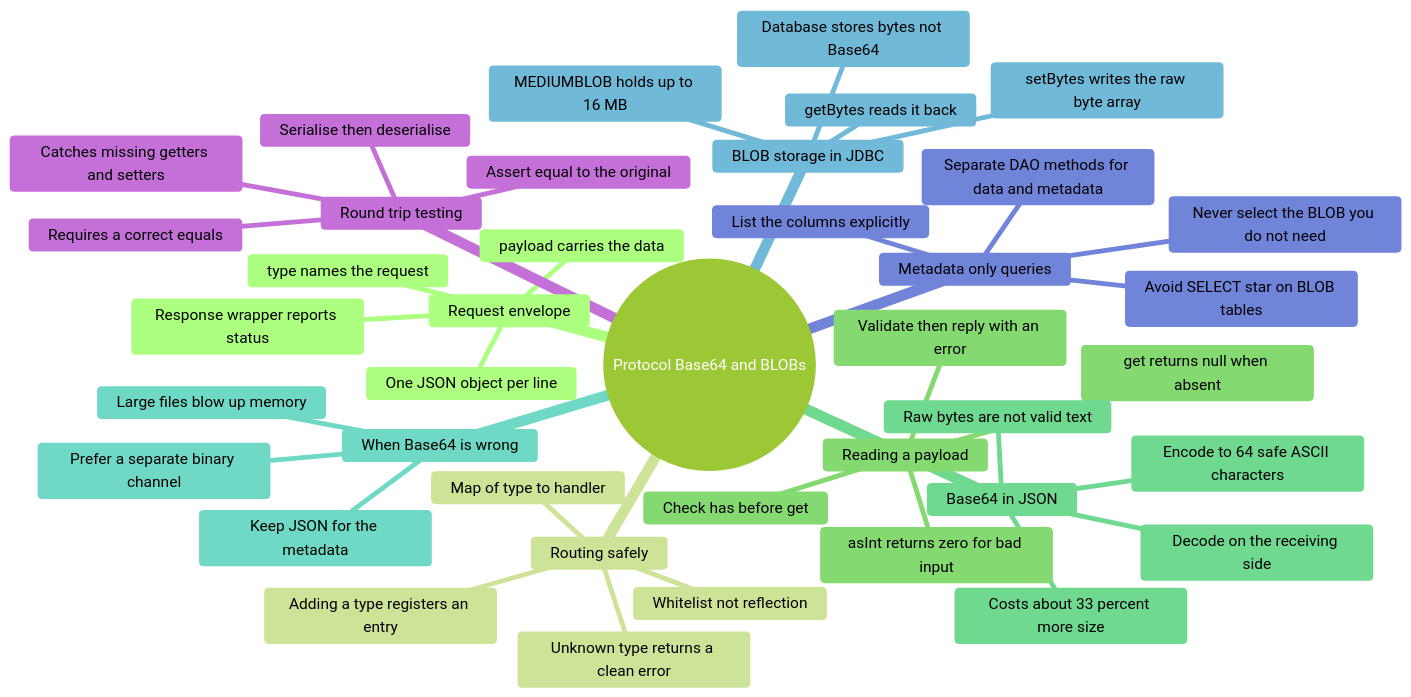
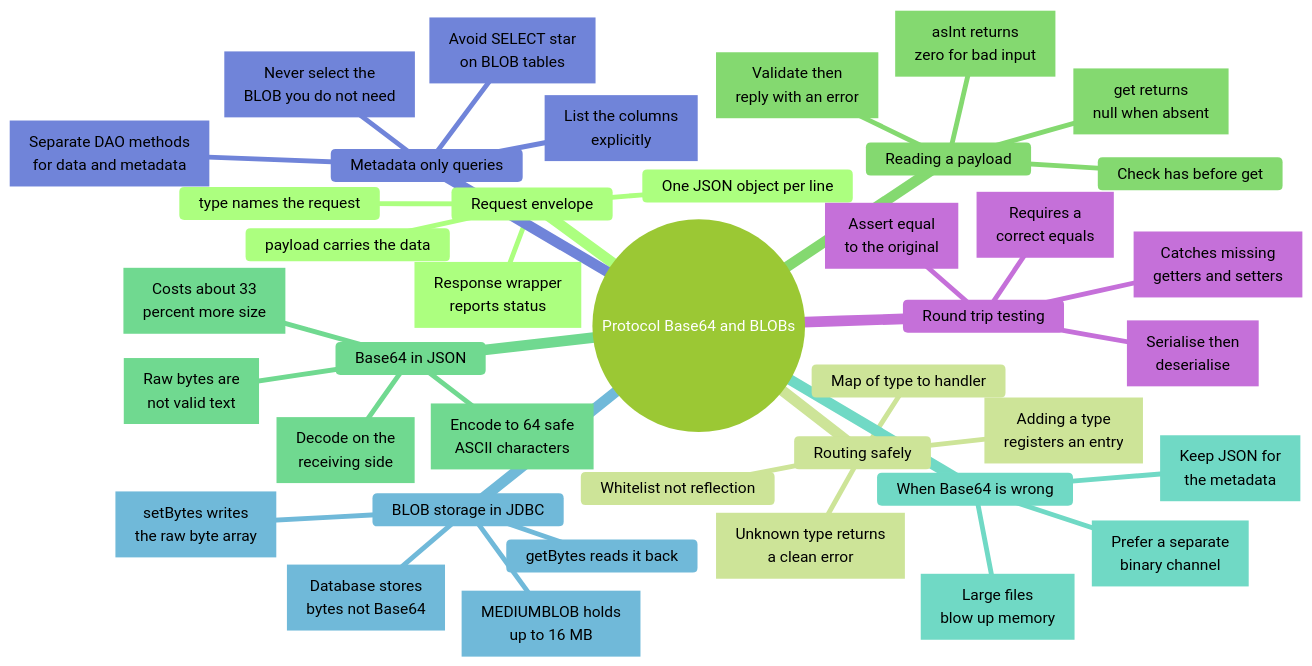
Before and after one commit to nmcguinness/L8-OOP-Module-Content: diagram 12 of 13 in notes/shared/mind maps/revision_t10_t22.md, drawn with Mermaid. The commit also changed other lines of this file and 421 other files, not shown here.

Commit message:
Updated mermaid diagrams and note layout for topics 9-24.

````diff
--- a/notes/shared/mind maps/revision_t10_t22.md
+++ b/notes/shared/mind maps/revision_t10_t22.md
@@ -1613,55 +1976,79 @@
 ```mermaid
 ---
 title: "Protocol Base64 and BLOBs"
 accDescr: "Mind map of Protocol Base64 and BLOBs. Branches: Request envelope; Routing safely; Reading a payload; Base64 in JSON; When Base64 is wrong; BLOB storage in JDBC; Metadata only queries; Round trip testing."
 ---
-%%{init: { "theme": "forest" }}%%
+%%{init: { "theme": "forest", "markdownAutoWrap": false, "mindmap": { "maxNodeWidth": 300 } }}%%
 mindmap
   root((Protocol Base64 and BLOBs))
     Request envelope
       type names the request
       payload carries the data
       One JSON object per line
-      Response wrapper reports status
+      n1["`Response wrapper
+      reports status`"]
 
     Routing safely
       Map of type to handler
       Whitelist not reflection
-      Unknown type returns a clean error
-      Adding a type registers an entry
+      n2["`Unknown type returns
+      a clean error`"]
+      n3["`Adding a type
+      registers an entry`"]
 
     Reading a payload
       Check has before get
-      get returns null when absent
-      asInt returns zero for bad input
-      Validate then reply with an error
+      n4["`get returns
+      null when absent`"]
+      n5["`asInt returns
+      zero for bad input`"]
+      n6["`Validate then
+      reply with an error`"]
 
     Base64 in JSON
-      Raw bytes are not valid text
-      Encode to 64 safe ASCII characters
-      Costs about 33 percent more size
-      Decode on the receiving side
+      n7["`Raw bytes are
+      not valid text`"]
+      n8["`Encode to 64 safe
+      ASCII characters`"]
+      n9["`Costs about 33
+      percent more size`"]
+      n10["`Decode on the
+      receiving side`"]
 
     When Base64 is wrong
-      Large files blow up memory
-      Prefer a separate binary channel
-      Keep JSON for the metadata
+      n11["`Large files
+      blow up memory`"]
+      n12["`Prefer a separate
+      binary channel`"]
+      n13["`Keep JSON for
+      the metadata`"]
 
     BLOB storage in JDBC
-      MEDIUMBLOB holds up to 16 MB
-      setBytes writes the raw byte array
+      n14["`MEDIUMBLOB holds
+      up to 16 MB`"]
+      n15["`setBytes writes
+      the raw byte array`"]
       getBytes reads it back
-      Database stores bytes not Base64
+      n16["`Database stores
+      bytes not Base64`"]
 
     Metadata only queries
-      Never select the BLOB you do not need
-      List the columns explicitly
-      Avoid SELECT star on BLOB tables
-      Separate DAO methods for data and metadata
+      n17["`Never select the
+      BLOB you do not need`"]
+      n18["`List the columns
+      explicitly`"]
+      n19["`Avoid SELECT star
+      on BLOB tables`"]
+      n20["`Separate DAO methods
+      for data and metadata`"]
 
     Round trip testing
-      Serialise then deserialise
-      Assert equal to the original
-      Requires a correct equals
-      Catches missing getters and setters
+      n21["`Serialise then
+      deserialise`"]
+      n22["`Assert equal
+      to the original`"]
+      n23["`Requires a
+      correct equals`"]
+      n24["`Catches missing
+      getters and setters`"]
 ```
````
